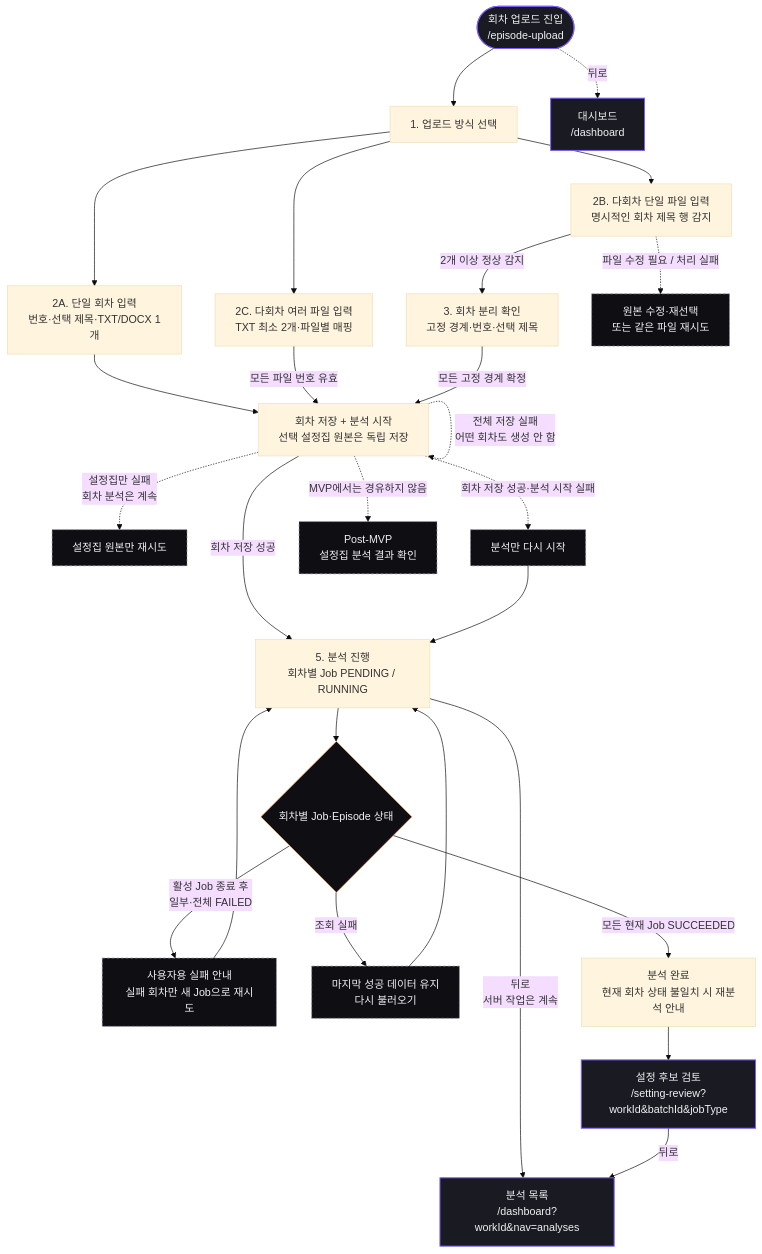
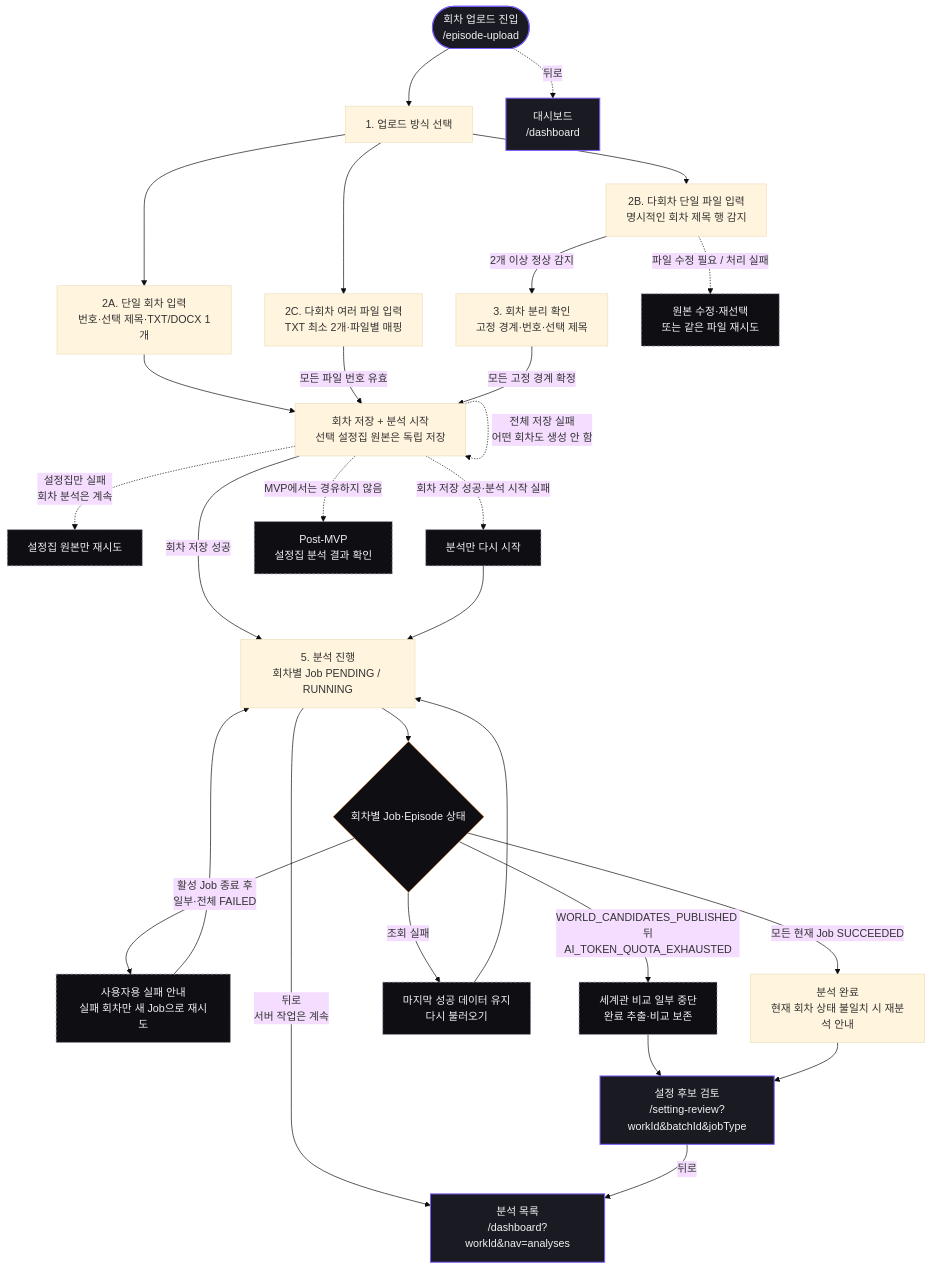
Before and after one commit to catchhole-soma/catchhole-front: the sixth of 7 diagrams in docs/screen-flow.md, drawn with Mermaid (base theme). The commit also changed other lines of this file and 4 other files, not shown here.

````diff
--- a/docs/screen-flow.md
+++ b/docs/screen-flow.md
@@ -379,39 +381,41 @@
 ```mermaid
 flowchart TD
   start(["회차 업로드 진입<br/>/episode-upload"]):::private --> mode["1. 업로드 방식 선택"]
 
   mode --> mA["2A. 단일 회차 입력<br/>번호·선택 제목·TXT/DOCX 1개"]
   mode --> mB["2B. 다회차 단일 파일 입력<br/>명시적인 회차 제목 행 감지"]
   mode --> mC["2C. 다회차 여러 파일 입력<br/>TXT 최소 2개·파일별 매핑"]
 
   mB -- "2개 이상 정상 감지" --> bp["3. 회차 분리 확인<br/>고정 경계·번호·선택 제목"]
   mB -. "파일 수정 필요 / 처리 실패" .-> mBState["원본 수정·재선택<br/>또는 같은 파일 재시도"]:::modal
 
   mA --> persist["회차 저장 + 분석 시작<br/>선택 설정집 원본은 독립 저장"]
   mC -- "모든 파일 번호 유효" --> persist
   bp -- "모든 고정 경계 확정" --> persist
 
   persist -- "회차 저장 성공" --> proc["5. 분석 진행<br/>회차별 Job PENDING / RUNNING"]
   persist -. "전체 저장 실패<br/>어떤 회차도 생성 안 함" .-> persist
   persist -. "설정집만 실패<br/>회차 분석은 계속" .-> retrySetting["설정집 원본만 재시도"]:::modal
   persist -. "회차 저장 성공·분석 시작 실패" .-> retryAnalysis["분석만 다시 시작"]:::modal
   retryAnalysis --> proc
 
   proc --> state{"회차별 Job·Episode 상태"}:::decision
   state -- "활성 Job 종료 후<br/>일부·전체 FAILED" --> retry["사용자용 실패 안내<br/>실패 회차만 새 Job으로 재시도"]:::modal --> proc
+  state -- "WORLD_CANDIDATES_PUBLISHED 뒤<br/>AI_TOKEN_QUOTA_EXHAUSTED" --> interrupted["세계관 비교 일부 중단<br/>완료 추출·비교 보존"]:::modal
+  interrupted --> review
   state -- "조회 실패" --> reload["마지막 성공 데이터 유지<br/>다시 불러오기"]:::modal --> proc
   state -- "모든 현재 Job SUCCEEDED" --> success["분석 완료<br/>현재 회차 상태 불일치 시 재분석 안내"]
 
   success --> review["설정 후보 검토<br/>/setting-review?workId&batchId&jobType"]:::private
   proc -- "뒤로<br/>서버 작업은 계속" --> analyses["분석 목록<br/>/dashboard?workId&nav=analyses"]:::private
   review -- "뒤로" --> analyses
 
   postMvp["Post-MVP<br/>설정집 분석 결과 확인"]:::modal
   persist -. "MVP에서는 경유하지 않음" .-> postMvp
 
   start -. "뒤로" .-> dashboard["대시보드<br/>/dashboard"]:::private
 
   classDef private fill:#1A1A22,stroke:#7C5CFC,stroke-width:1.5px,color:#F0F0F5;
   classDef modal fill:#0F0F13,stroke:#9090A8,stroke-dasharray:4 3,color:#F0F0F5;
   classDef decision fill:#0F0F13,stroke:#F4A261,color:#F0F0F5;
 ```
````
